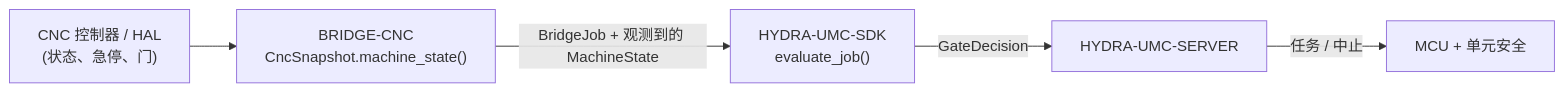
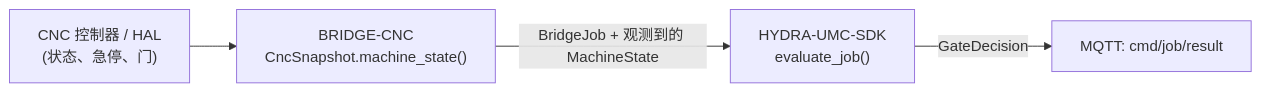
One commit to JuanenRac/HYDRA-UMC-BRIDGE-CNC changed the diagram in README_zho.md. Above: the diagram before and after it, drawn with Mermaid. The commit also changed other lines of this file and 22 other files, not shown here.

````diff
--- a/README_zho.md
+++ b/README_zho.md
@@ -49,7 +50,6 @@
 ```mermaid
 flowchart LR
     CNC["CNC 控制器 / HAL<br/>(状态、急停、门)"] --> BRIDGE["BRIDGE-CNC<br/>CncSnapshot.machine_state()"]
     BRIDGE -- "BridgeJob + 观测到的 MachineState" --> SDK["HYDRA-UMC-SDK<br/>evaluate_job()"]
-    SDK -- GateDecision --> SERVER["HYDRA-UMC-SERVER"]
-    SERVER -- "任务 / 中止" --> MCU["MCU + 单元安全"]
+    SDK -- GateDecision --> RESULT["MQTT: cmd/job/result"]
 ```
````
